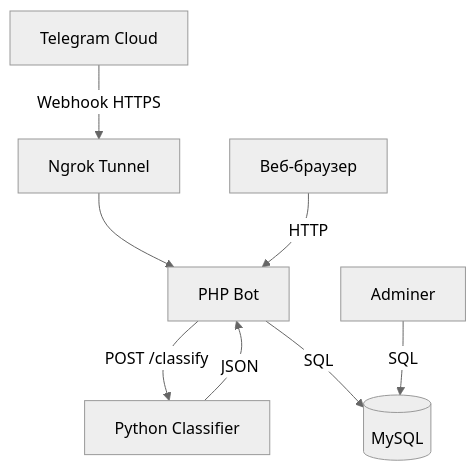
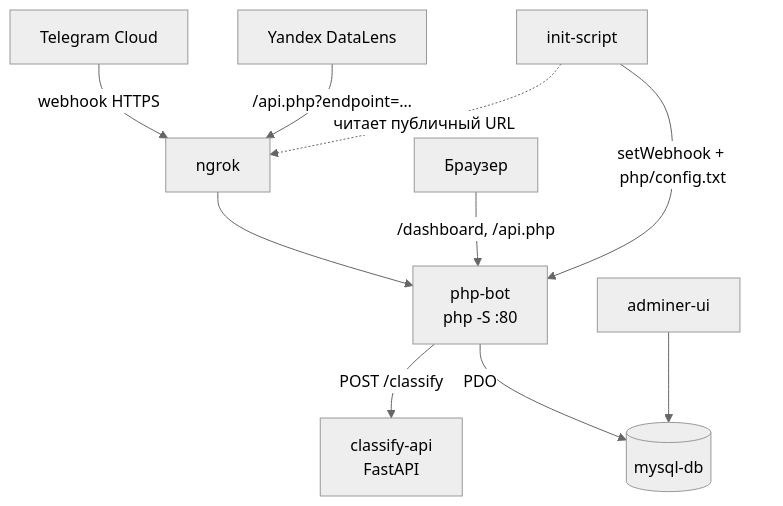
The diagram in README.md (Mikhail-Konyukhov/telegram-bot), drawn with Mermaid (neutral theme) before and after one commit. The commit also changed other lines of this file and 542 other files, not shown here.

````diff
--- a/README.md
+++ b/README.md
@@ -29,10 +23,12 @@
 ```mermaid
 graph TD
-    TG["Telegram Cloud"] -->|"Webhook HTTPS"| NGROK[Ngrok Tunnel]
-    NGROK --> PHP["PHP Bot"]
-    USER["Веб-браузер"] -->|"HTTP"| PHP
-    PHP -->|"POST /classify"| PY["Python Classifier"]
-    PY -->|"JSON"| PHP
-    PHP -->|"SQL"| DB[(MySQL)]
-    ADMINER["Adminer"] -->|"SQL"| DB
+    TG["Telegram Cloud"] -->|"webhook HTTPS"| NGROK["ngrok"]
+    NGROK --> PHP["php-bot<br/>php -S :80"]
+    USER["Браузер"] -->|"/dashboard, /api.php"| PHP
+    DL["Yandex DataLens"] -->|"/api.php?endpoint=…"| NGROK
+    PHP -->|"POST /classify"| PY["classify-api<br/>FastAPI"]
+    PHP -->|"PDO"| DB[("mysql-db")]
+    ADMINER["adminer-ui"] --> DB
+    INIT["init-script"] -->|"setWebhook + php/config.txt"| PHP
+    INIT -.->|"читает публичный URL"| NGROK
 ```
````
